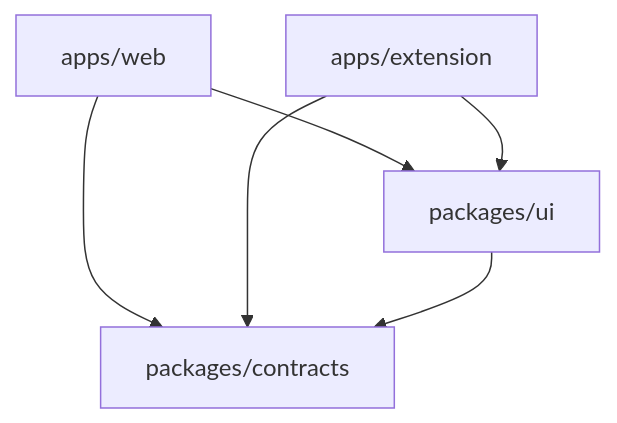
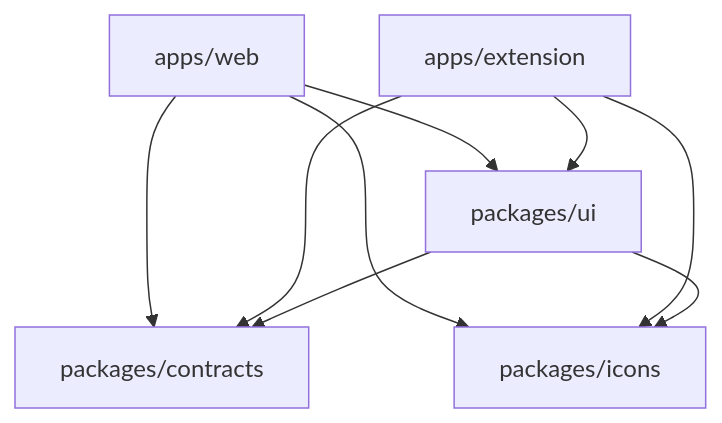
The diagram in docs/monorepo-structure.md (seunjin/pickle), drawn with Mermaid before and after one commit. The commit also changed other lines of this file and 7 other files, not shown here.

````diff
--- a/docs/monorepo-structure.md
+++ b/docs/monorepo-structure.md
@@ -27,10 +28,13 @@
 ```mermaid
 graph TD
     Web[apps/web] --> Contracts[packages/contracts]
     Web --> UI[packages/ui]
+    Web --> Icons[packages/icons]
     
     Extension[apps/extension] --> Contracts
     Extension --> UI
+    Extension --> Icons
     
     UI --> Contracts
+    UI --> Icons
 ```
````
